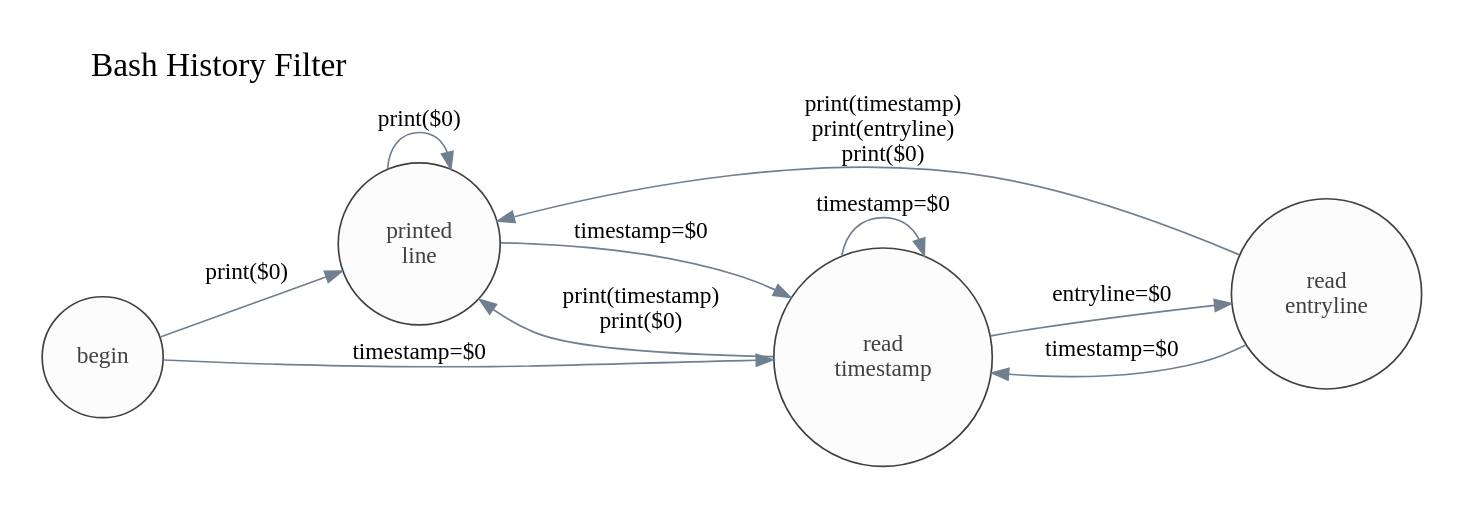
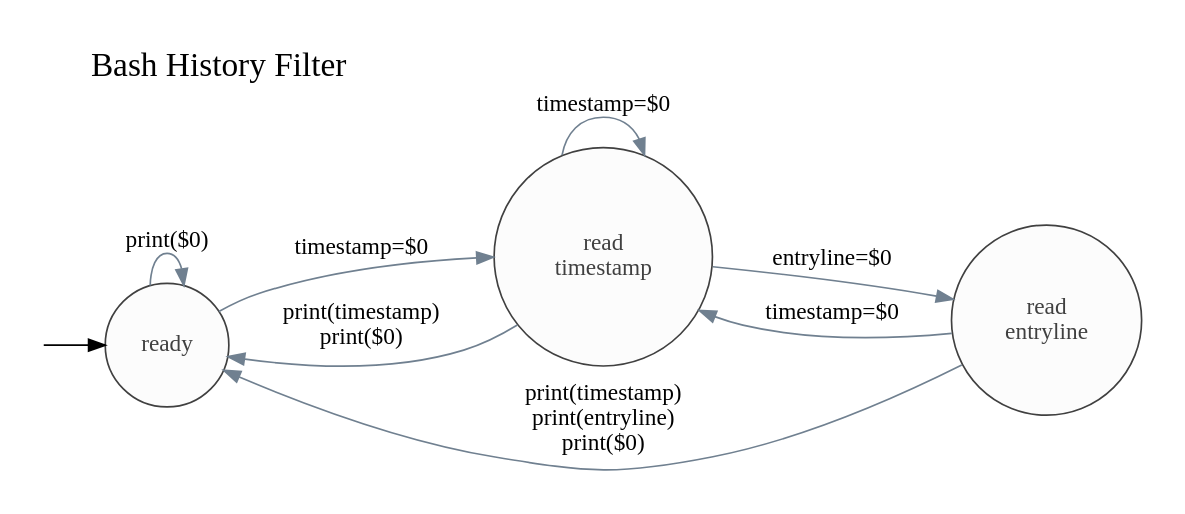
One commit to ivanbrennan/dotfiles changed the diagram in shell/bash_history_filter_awk.gv. Above: the diagram before and after it, drawn with Graphviz. The commit also changed 2 other files, not shown here.

```diff
--- a/shell/bash_history_filter_awk.gv
+++ b/shell/bash_history_filter_awk.gv
@@ -1,24 +1,23 @@
 digraph {
   graph [ label = "Bash History Filter", labelloc = top, labeljust = left, fontsize = 20, pad = 0.25 ];
   rankdir  = LR;
   node [ shape = circle, fontcolor = grey25, color = grey25, style = filled, fillcolor = grey99 ];
   edge [ color = slategrey ];
 
-  begin;
-  printedline   [ label = "printed\nline" ];
+  start [ label = "", fixedsize = "false", width = 0, height = 0, shape = none ];
+  ready;
   readtimestamp [ label = "read\ntimestamp" ];
   readentryline [ label = "read\nentryline" ];
 
-  begin -> readtimestamp [ label = "timestamp=$0" ];
-  begin -> printedline   [ label = "print($0)" ];
+  start -> ready [ color = black ];
 
-  printedline -> readtimestamp [ label = "timestamp=$0" ];
-  printedline -> printedline   [ label = "print($0)" ];
+  ready -> readtimestamp [ label = "timestamp=$0" ];
+  ready -> ready         [ label = "print($0)" ];
 
   readtimestamp -> readtimestamp [ label = "timestamp=$0" ];
-  readtimestamp -> printedline   [ label = "print(timestamp)\nprint($0)" ];
+  readtimestamp -> ready         [ label = "print(timestamp)\nprint($0)" ];
   readtimestamp -> readentryline [ label = "entryline=$0" ];
 
-  readentryline -> printedline   [ label = "print(timestamp)\nprint(entryline)\nprint($0)" ];
+  readentryline -> ready         [ label = "print(timestamp)\nprint(entryline)\nprint($0)" ];
   readentryline -> readtimestamp [ label = "timestamp=$0" ];
 }
```
